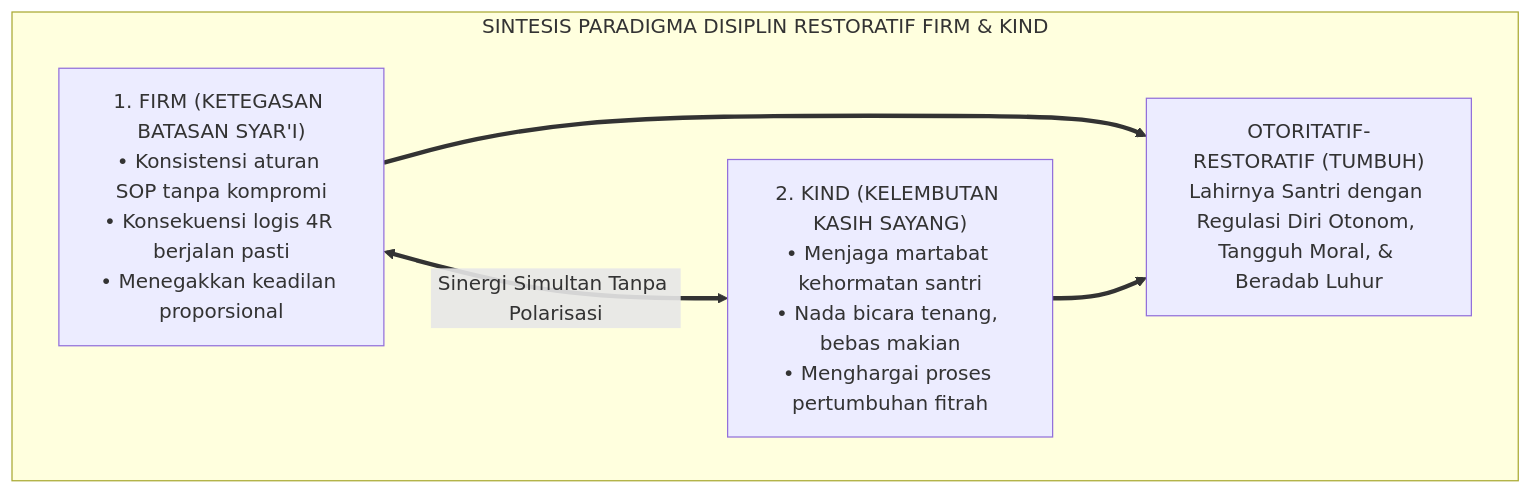
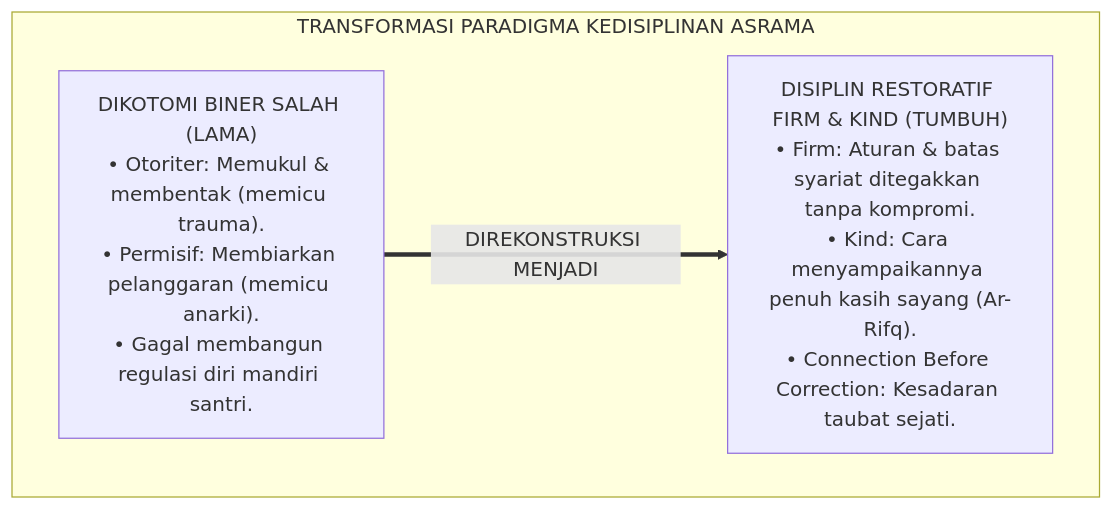
Before and after one commit to wandiapriliyandi/tumbuh: the first of 3 diagrams in 02 Principles/01 Core Principles/P2-01-04-Prinsip-Disiplin-Restoratif-Firm-and-Kind.md, drawn with Mermaid. The commit also changed other lines of this file and 7 other files, not shown here.

````diff
--- a/02 Principles/01 Core Principles/P2-01-04-Prinsip-Disiplin-Restoratif-Firm-and-Kind.md
+++ b/02 Principles/01 Core Principles/P2-01-04-Prinsip-Disiplin-Restoratif-Firm-and-Kind.md
@@ -60,12 +55,10 @@
 ```mermaid
 flowchart TD
-    subgraph SintesisFirmAndKind["SINTESIS PARADIGMA DISIPLIN RESTORATIF FIRM & KIND"]
-        FIRM["1. FIRM (KETEGASAN BATASAN SYAR'I)<br/>• Konsistensi aturan SOP tanpa kompromi<br/>• Konsekuensi logis 4R berjalan pasti<br/>• Menegakkan keadilan proporsional"]
+    subgraph TransformasiFirmAndKind["TRANSFORMASI PARADIGMA KEDISIPLINAN ASRAMA"]
+        PolaEkstremLama["DIKOTOMI BINER SALAH (LAMA)<br/>• Otoriter: Memukul & membentak (memicu trauma).<br/>• Permisif: Membiarkan pelanggaran (memicu anarki).<br/>• Gagal membangun regulasi diri mandiri santri."]
         
-        KIND["2. KIND (KELEMBUTAN KASIH SAYANG)<br/>• Menjaga martabat kehormatan santri<br/>• Nada bicara tenang, bebas makian<br/>• Menghargai proses pertumbuhan fitrah"]
+        PolaFirmKindTUMBUH["DISIPLIN RESTORATIF FIRM & KIND (TUMBUH)<br/>• Firm: Aturan & batas syariat ditegakkan tanpa kompromi.<br/>• Kind: Cara menyampaikannya penuh kasih sayang (Ar-Rifq).<br/>• Connection Before Correction: Kesadaran taubat sejati."]
         
-        FIRM <==>|Sinergi Simultan Tanpa Polarisasi| KIND
-        
-        FIRM & KIND ==> Output["OTORITATIF-RESTORATIF (TUMBUH)<br/>Lahirnya Santri dengan Regulasi Diri Otonom, Tangguh Moral, & Beradab Luhur"]
+        PolaEkstremLama ==>|DIREKONSTRUKSI MENJADI| PolaFirmKindTUMBUH
     end
 ```
````
